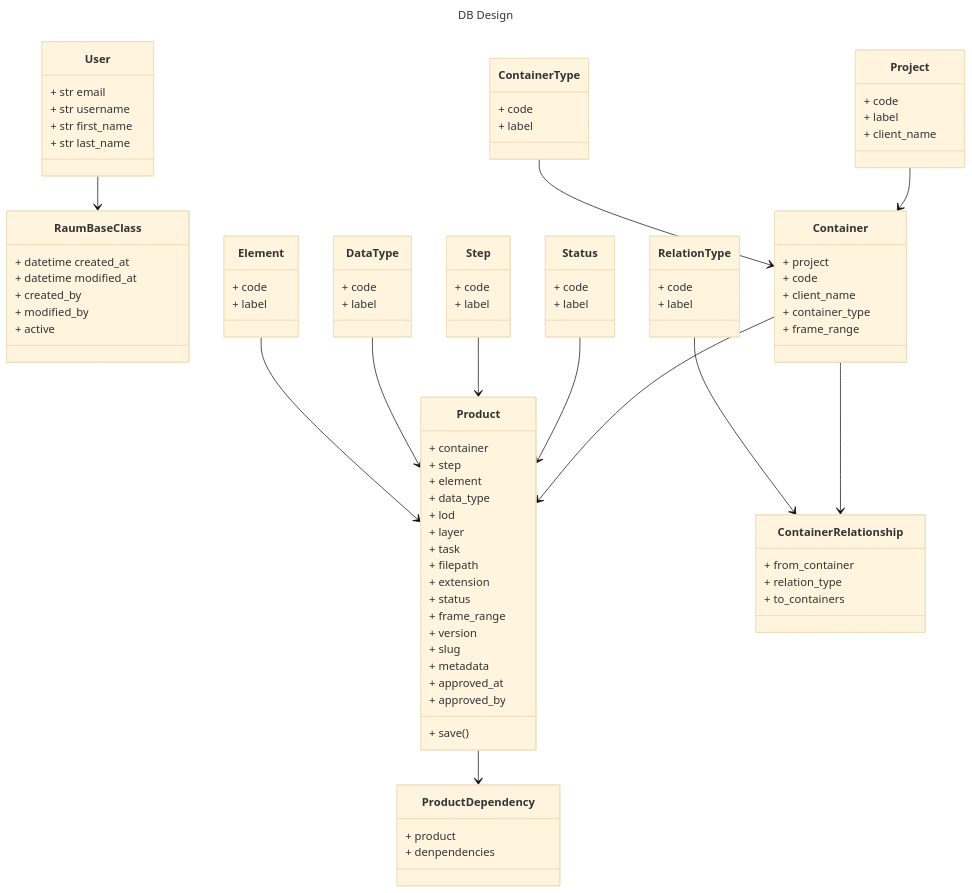
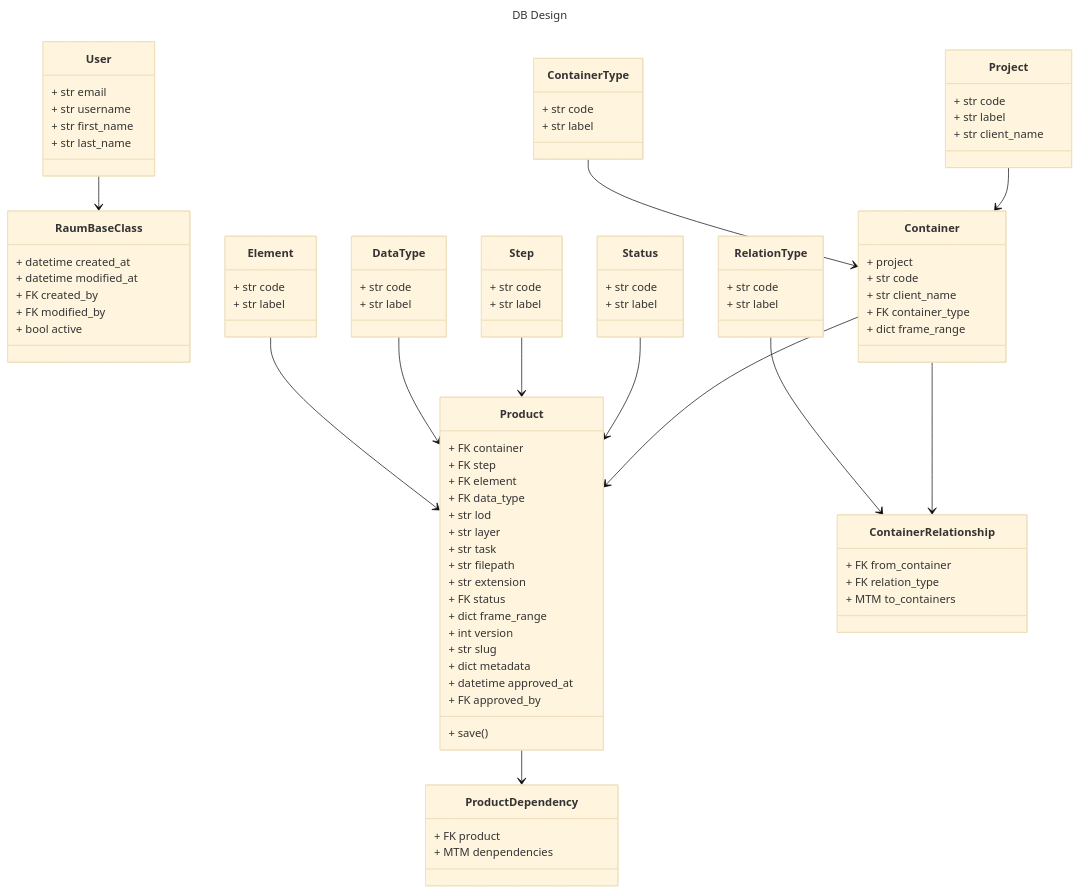
The second of 2 diagrams in DESIGN.md (toybrid/raum_server), drawn with Mermaid (base theme) before and after one commit. The commit also changed 2 other files, not shown here.

Commit message:
added get_users api

```diff
--- a/DESIGN.md
+++ b/DESIGN.md
@@ -34,73 +34,73 @@
     class RaumBaseClass{
         + datetime created_at
         + datetime modified_at
-        + created_by
-        + modified_by
-        + active
+        + FK created_by
+        + FK modified_by
+        + bool active
     }
     class Project{
-        + code
-        + label
-        + client_name
+        + str code
+        + str label
+        + str client_name
     }
     class Container{
         + project
-        + code
-        + client_name
-        + container_type
-        + frame_range
+        + str code
+        + str client_name
+        + FK container_type
+        + dict frame_range
     }
     class Product{
-        + container
-        + step
-        + element
-        + data_type
-        + lod
-        + layer
-        + task
-        + filepath
-        + extension
-        + status
-        + frame_range
-        + version
-        + slug
-        + metadata
-        + approved_at
-        + approved_by
+        + FK container
+        + FK step
+        + FK element
+        + FK data_type
+        + str lod
+        + str layer
+        + str task
+        + str filepath
+        + str extension
+        + FK status
+        + dict frame_range
+        + int version
+        + str slug
+        + dict metadata
+        + datetime approved_at
+        + FK approved_by
         + save()
     }
     class ContainerRelationship{
-        + from_container
-        + relation_type
-        + to_containers
+        + FK from_container
+        + FK relation_type
+        + MTM to_containers
     }
     class ProductDependency{
-        + product
-        + denpendencies
+        + FK product
+        + MTM denpendencies
     }
     class Status{
-        + code
-        + label
+        + str code
+        + str label
     }
     class Step{
-        + code
-        + label
+        + str code
+        + str label
     }
     class Element{
-        + code
-        + label
+        + str code
+        + str label
     }
     class DataType{
-        + code
-        + label
+        + str code
+        + str label
     }
     class RelationType{
-        + code
-        + label
+        + str code
+        + str label
     }
     class ContainerType{
-        + code
-        + label
+        + str code
+        + str label
     }
     Project --> Container
     Container --> Product
```
